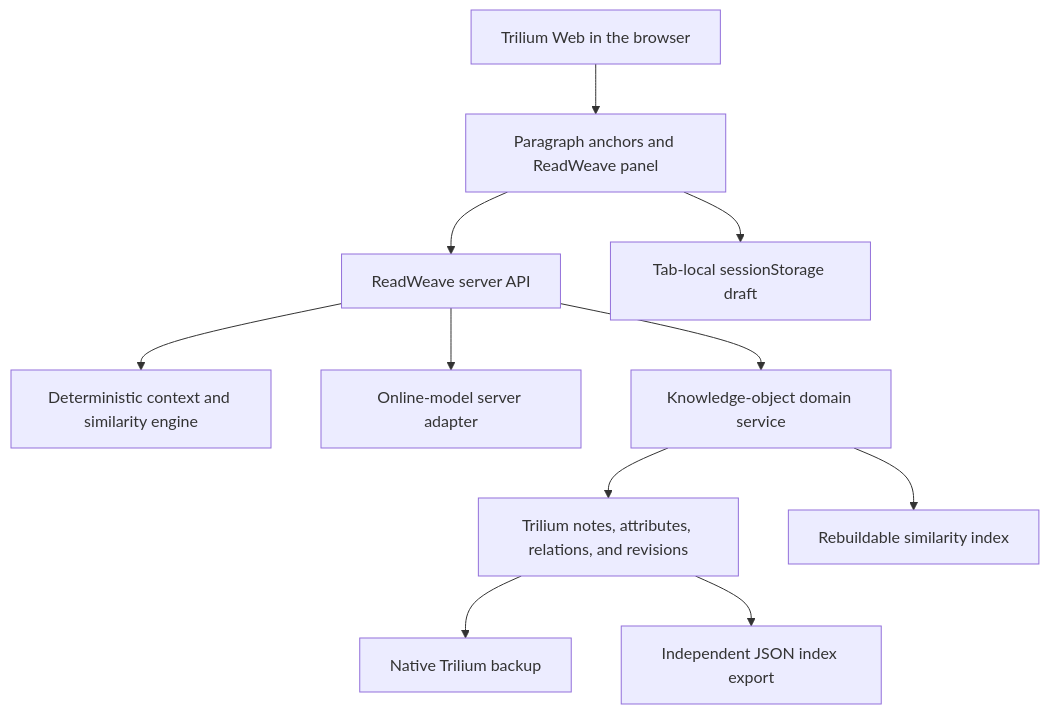
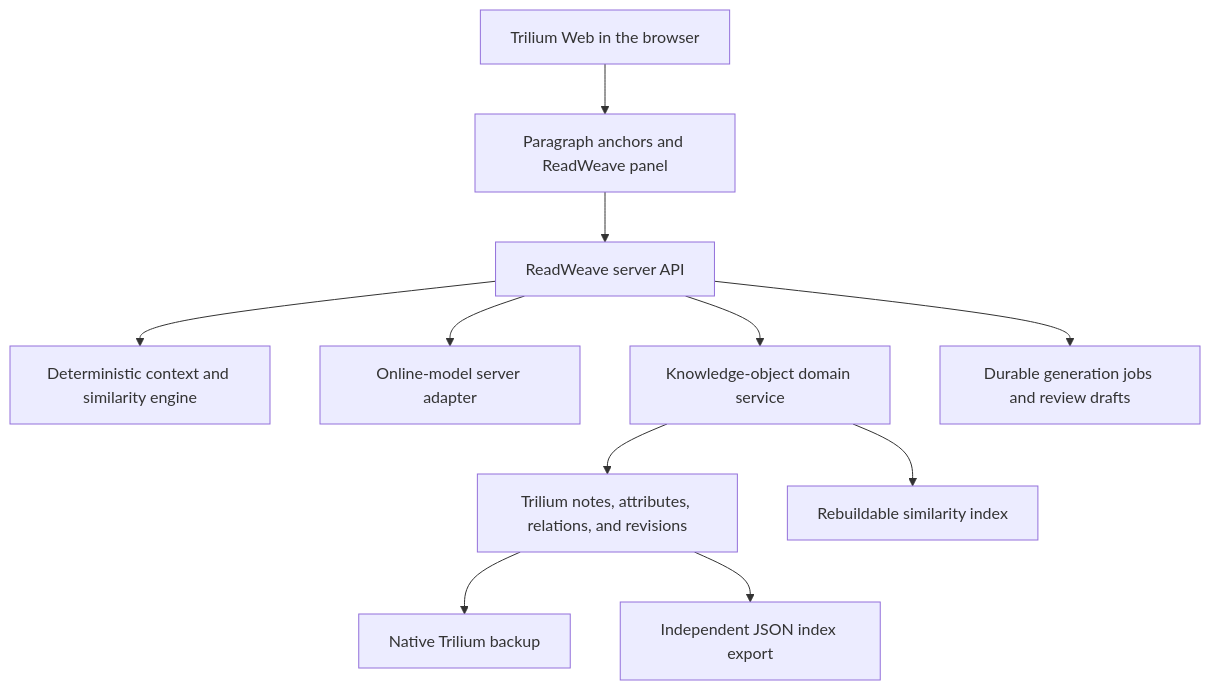
Before and after one commit to AIALRA-0/ReadWeave: the second of 2 diagrams in README.en.md, drawn with Mermaid. The commit also changed other lines of this file and 3449 other files, not shown here.

````diff
--- a/README.en.md
+++ b/README.en.md
@@ -104,14 +104,14 @@
 ```mermaid
 %% Boundary among Trilium Web, ReadWeave server modules, truth data, and the model provider
 flowchart TB
     Browser[Trilium Web in the browser] --> Panel[Paragraph anchors and ReadWeave panel]
     Panel --> API[ReadWeave server API]
     API --> Engine[Deterministic context and similarity engine]
     API --> Provider[Online-model server adapter]
     API --> Domain[Knowledge-object domain service]
     Domain --> Truth[Trilium notes, attributes, relations, and revisions]
     Domain --> Derived[Rebuildable similarity index]
-    Panel --> Draft[Tab-local sessionStorage draft]
+    API --> Draft[Durable generation jobs and review drafts]
     Truth --> Backup[Native Trilium backup]
     Truth --> Export[Independent JSON index export]
 ```
````
